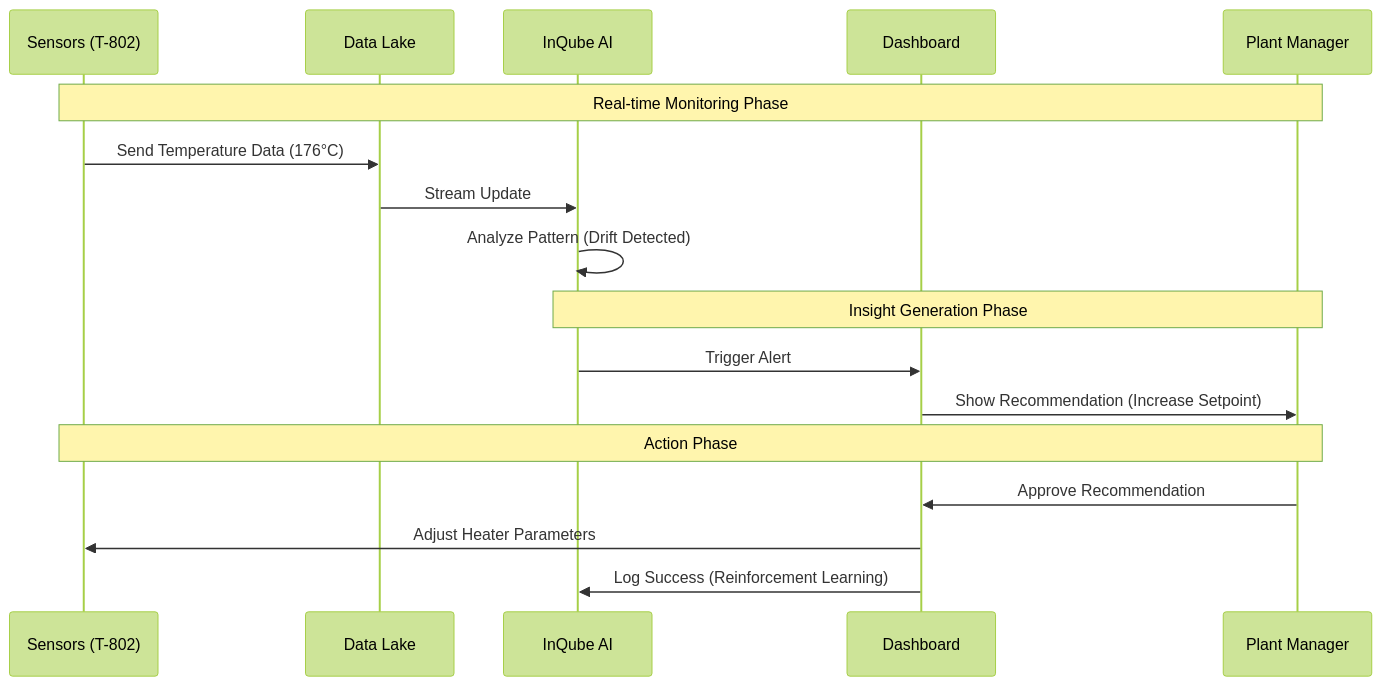
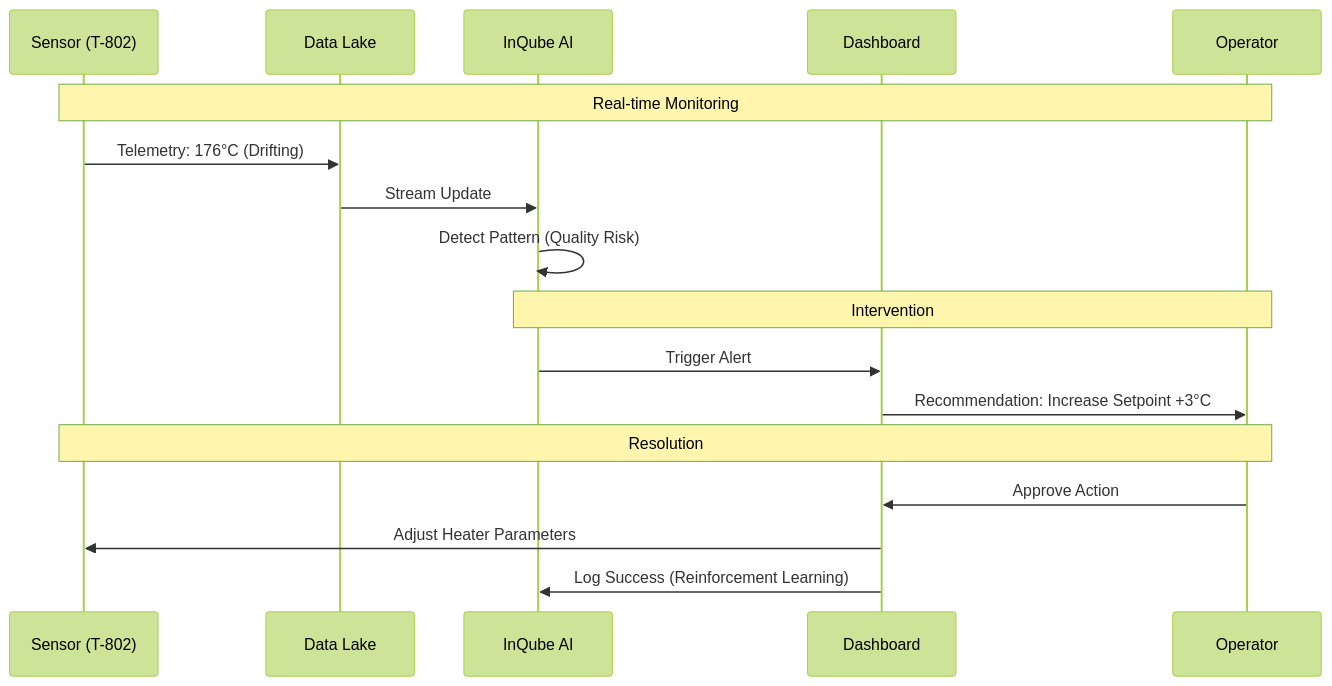
Before and after one commit to randunun-eng/inqube-mvp: the second of 2 diagrams in README.md, drawn with Mermaid (forest theme). The commit also changed other lines of this file, not shown here.

Commit message:
Redesign README: Add live demo links and improved architecture diagrams

````diff
--- a/README.md
+++ b/README.md
@@ -42,22 +54,22 @@
 ```mermaid
 sequenceDiagram
-    participant S as Sensors (T-802)
+    participant S as Sensor (T-802)
     participant L as Data Lake
     participant AI as InQube AI
     participant D as Dashboard
-    participant U as Plant Manager
+    participant U as Operator
 
-    Note over S, U: Real-time Monitoring Phase
-    S->>L: Send Temperature Data (176°C)
+    Note over S, U: Real-time Monitoring
+    S->>L: Telemetry: 176°C (Drifting)
     L->>AI: Stream Update
-    AI->>AI: Analyze Pattern (Drift Detected)
+    AI->>AI: Detect Pattern (Quality Risk)
     
-    Note over AI, U: Insight Generation Phase
+    Note over AI, U: Intervention
     AI->>D: Trigger Alert #47
-    D->>U: Show Recommendation (Increase Setpoint)
+    D->>U: Recommendation: Increase Setpoint +3°C
     
-    Note over U, S: Action Phase
-    U->>D: Approve Recommendation
+    Note over U, S: Resolution
+    U->>D: Approve Action
     D->>S: Adjust Heater Parameters
     D->>AI: Log Success (Reinforcement Learning)
 ```
````
